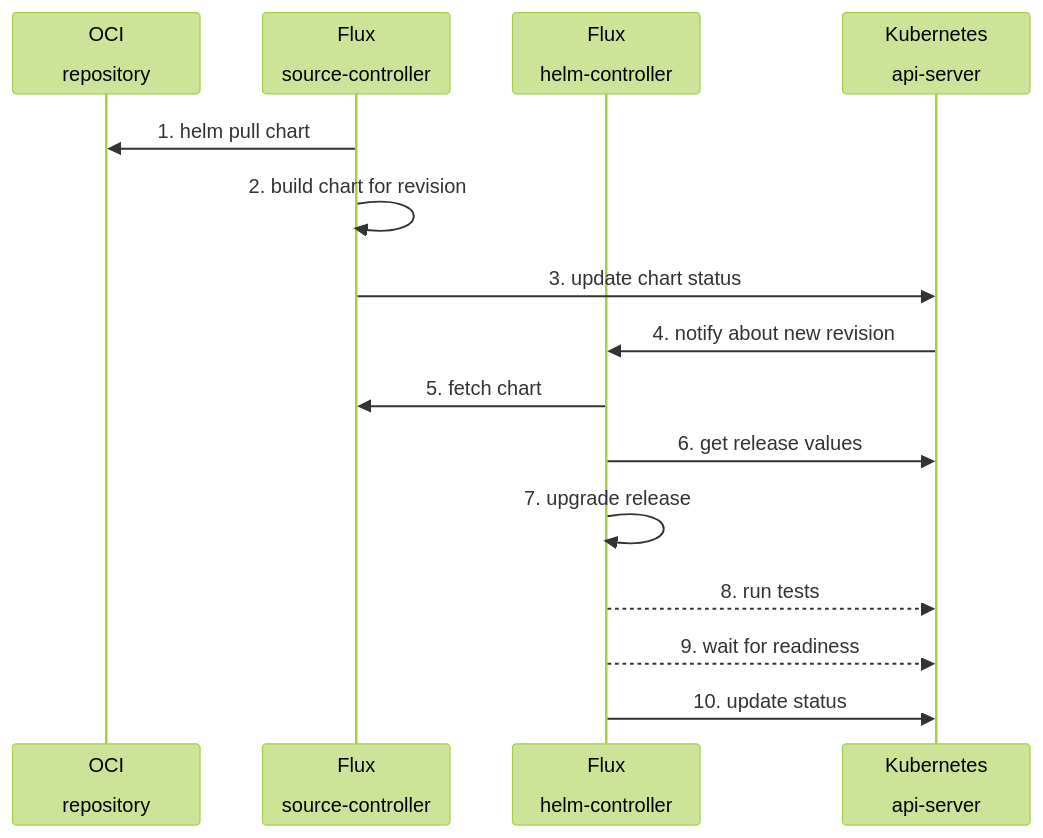
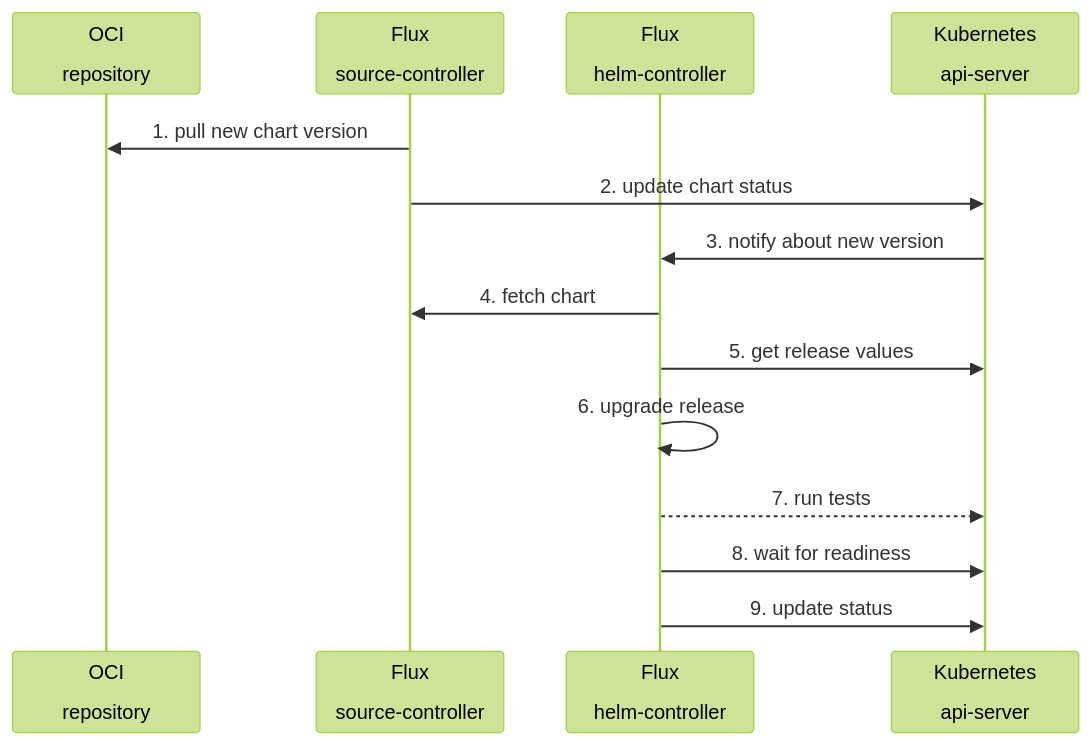
One commit to controlplaneio-fluxcd/d1-infra changed the third of 3 diagrams in README.md. Above: the diagram before and after it, drawn with Mermaid (forest theme). The commit also changed other lines of this file and 4 other files, not shown here.

````diff
--- a/README.md
+++ b/README.md
@@ -101,17 +101,16 @@
 ```mermaid
 sequenceDiagram
     participant git as OCI<br><br>repository
     participant sc as Flux<br><br>source-controller
     participant hc as Flux<br><br>helm-controller
     participant kube as Kubernetes<br><br>api-server
-    sc->>git: 1. helm pull chart
-    sc->>sc: 2. build chart for revision
-    sc->>kube: 3. update chart status
-    kube->>hc: 4. notify about new revision
-    hc->>sc: 5. fetch chart
-    hc->>kube: 6. get release values
-    hc->>hc: 7. upgrade release
-    hc-->>kube: 8. run tests
-    hc-->>kube: 9. wait for readiness
-    hc->>kube: 10. update status
+    sc->>git: 1. pull new chart version
+    sc->>kube: 2. update chart status
+    kube->>hc: 3. notify about new version
+    hc->>sc: 4. fetch chart
+    hc->>kube: 5. get release values
+    hc->>hc: 6. upgrade release
+    hc-->>kube: 7. run tests
+    hc->>kube: 8. wait for readiness
+    hc->>kube: 9. update status
 ```
````
